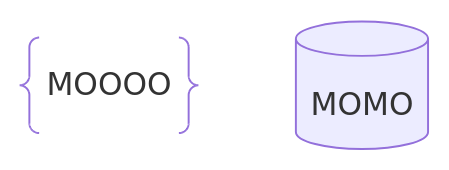
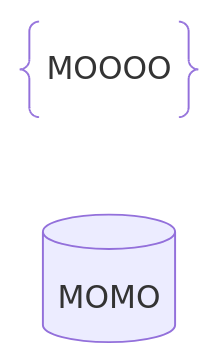
One commit to gerbssusd/dok changed the diagram in slides.md. Above: the diagram before and after it, drawn with Mermaid.

````diff
--- a/slides.md
+++ b/slides.md
@@ -217,8 +217,8 @@
 ```mermaid
-flowchart 
+flowchart RL
     A@{ shape: braces, label: "MOOOO" }
     B@{ shape: cyl, label: "MOMO"}
 
 
 
 ```
````
